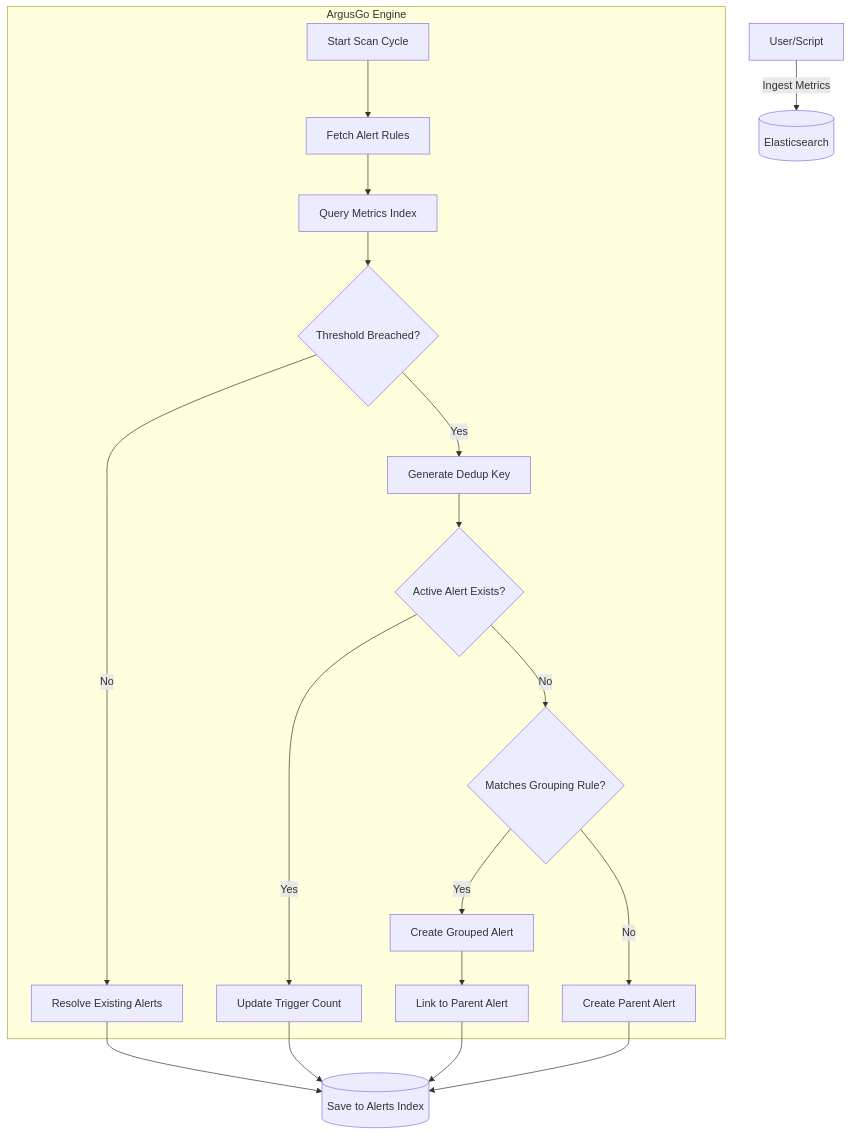
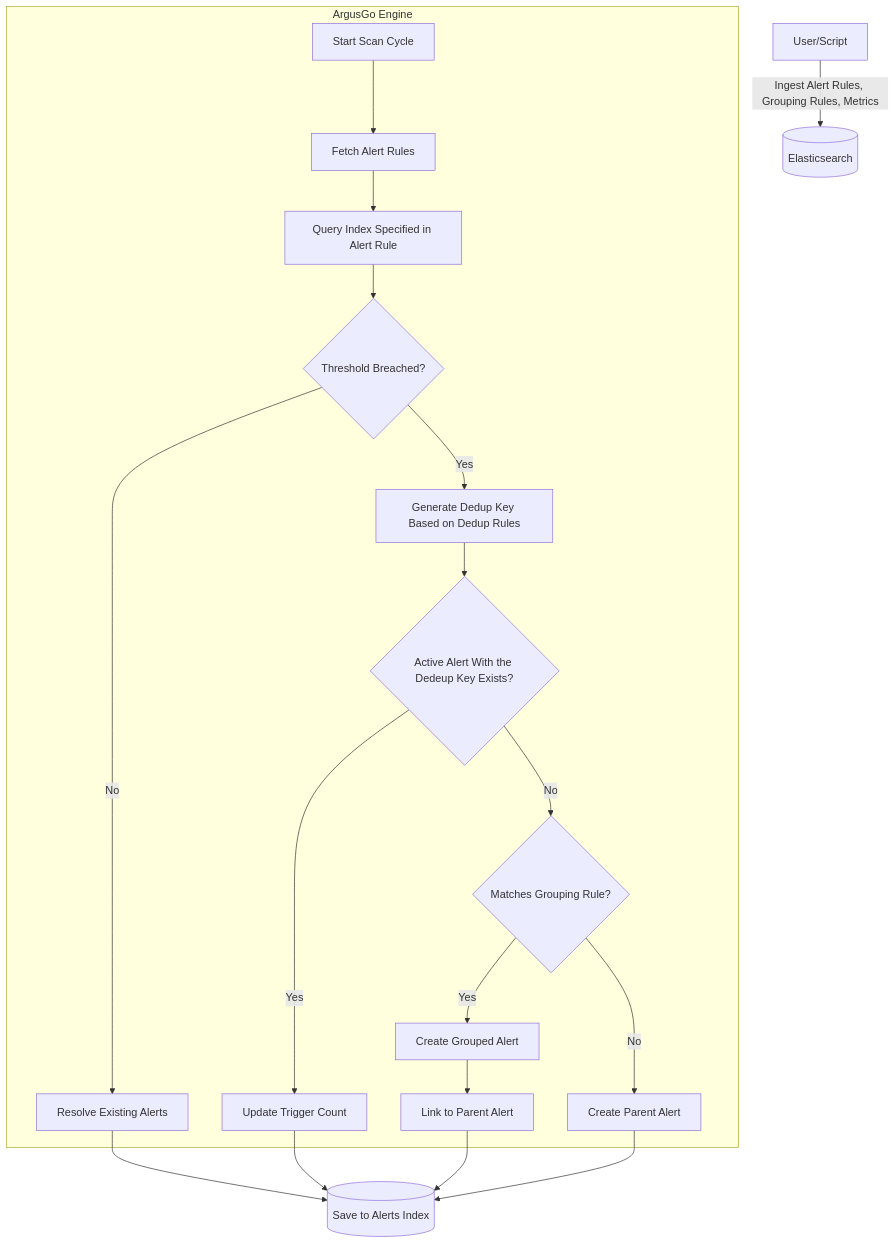
Before and after one commit to sonasingh46/argus-go: the diagram in README.md, drawn with Mermaid. The commit also changed other lines of this file, not shown here.

Commit message:
improve readme

````diff
--- a/README.md
+++ b/README.md
@@ -44,27 +44,27 @@
 ```mermaid
 graph TD
-    User[User/Script] -->|Ingest Metrics| ES[(Elasticsearch)]
+    User[User/Script] -->|Ingest Alert Rules, Grouping Rules, Metrics| ES[(Elasticsearch)]
     
     subgraph ArgusGo Engine
         Start[Start Scan Cycle] --> FetchRules[Fetch Alert Rules]
-        FetchRules --> QueryES[Query Metrics Index]
+        FetchRules --> QueryES[Query Index Specified in Alert Rule]
         QueryES --> CheckThreshold{Threshold Breached?}
         
         CheckThreshold -->|No| Resolve[Resolve Existing Alerts]
-        CheckThreshold -->|Yes| Dedup[Generate Dedup Key]
+        CheckThreshold -->|Yes| Dedup[Generate Dedup Key Based on Dedup Rules]
         
-        Dedup --> CheckActive{Active Alert Exists?}
+        Dedup --> CheckActive{Active Alert With the Dedeup Key Exists?}
         CheckActive -->|Yes| Update[Update Trigger Count]
         
         CheckActive -->|No| Grouping{Matches Grouping Rule?}
         Grouping -->|Yes| CreateGrouped[Create Grouped Alert]
         CreateGrouped --> LinkParent[Link to Parent Alert]
         
         Grouping -->|No| CreateParent[Create Parent Alert]
     end
     
     Resolve --> Save[(Save to Alerts Index)]
     Update --> Save
     LinkParent --> Save
     CreateParent --> Save
 ```
````
